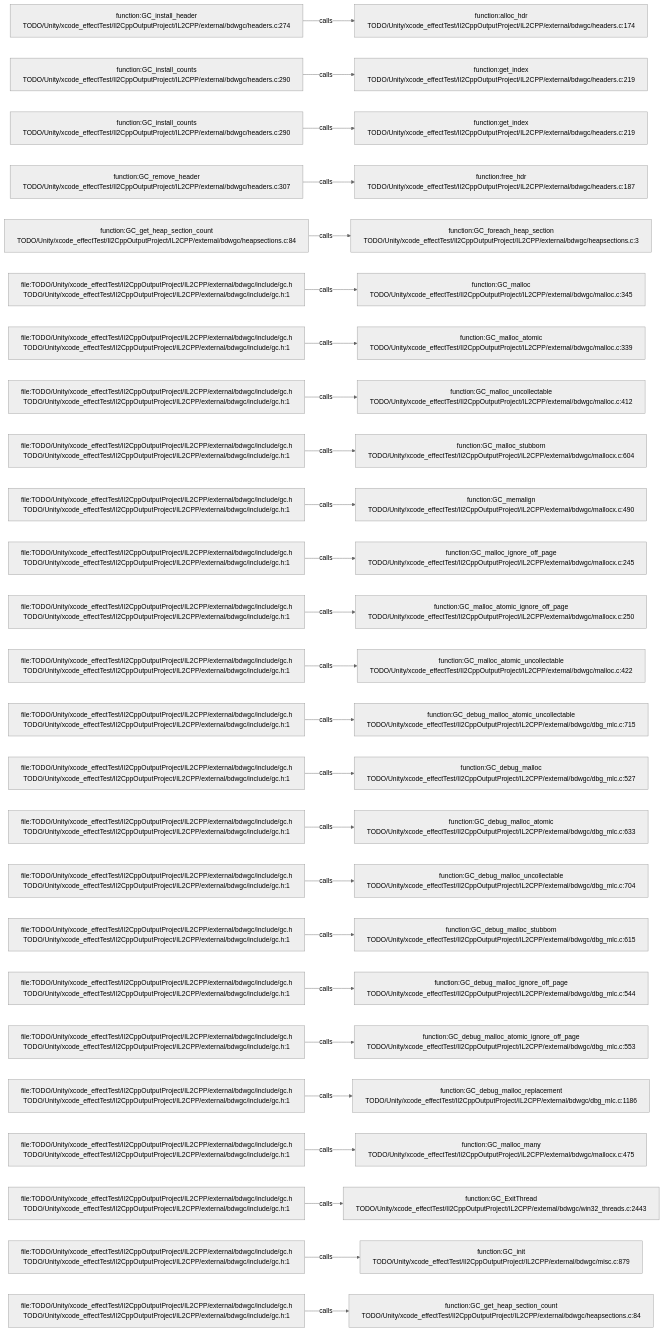
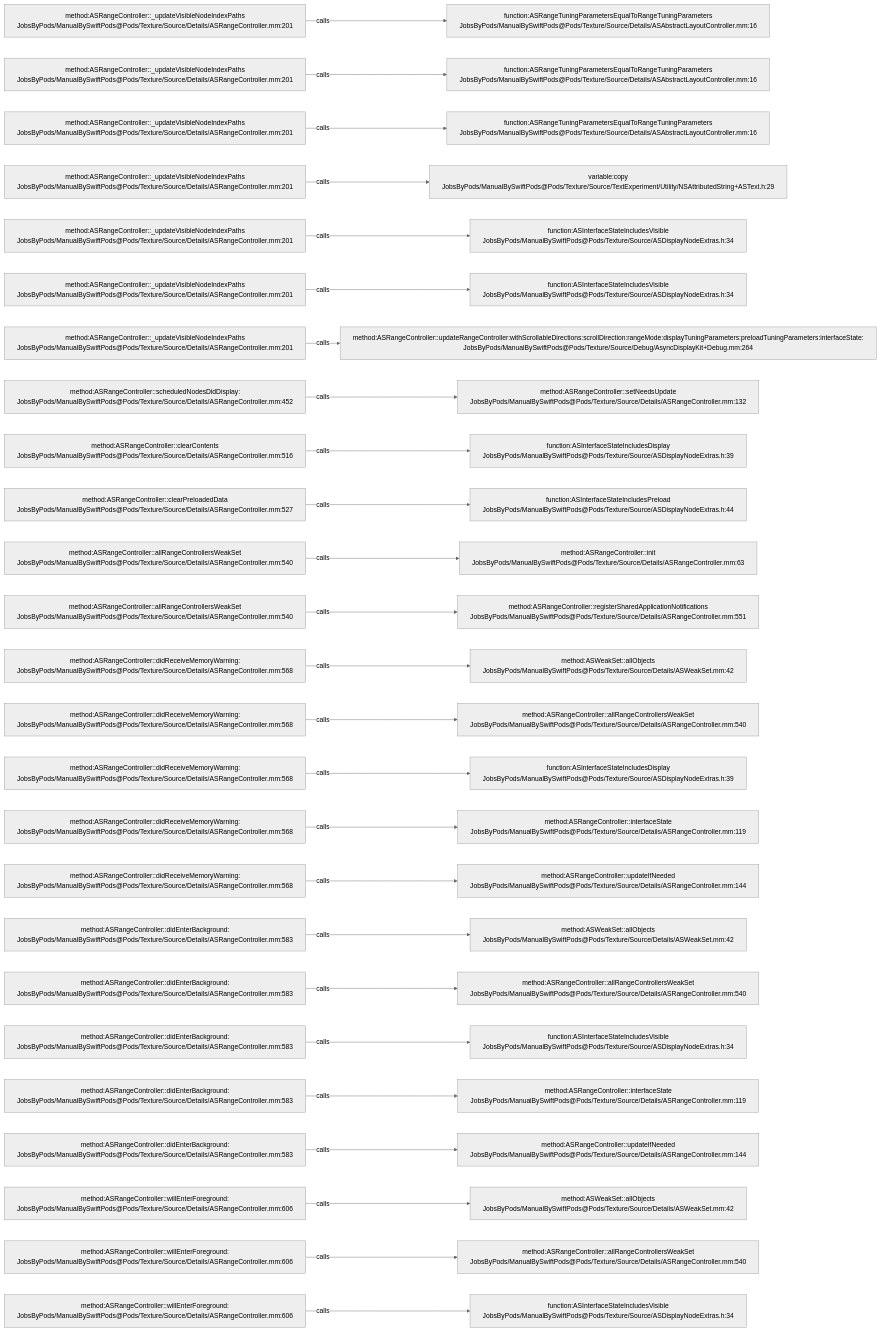
The diagram in .codegraph/codegraph.md/graphs/calls-113.md (JobsKits/JobsSwiftBaseConfigDemo), drawn with Mermaid (neutral theme) before and after one commit. The commit also changed 2959 other files, not shown here.

````diff
--- a/.codegraph/codegraph.md/graphs/calls-113.md
+++ b/.codegraph/codegraph.md/graphs/calls-113.md
@@ -13,78 +13,78 @@
 ```mermaid
 flowchart LR
-  S1["function:GC_install_header<br/>TODO/Unity/xcode_effectTest/Il2CppOutputProject/IL2CPP/external/bdwgc/headers.c:274"]
-  T1["function:alloc_hdr<br/>TODO/Unity/xcode_effectTest/Il2CppOutputProject/IL2CPP/external/bdwgc/headers.c:174"]
+  S1["method:ASRangeController::_updateVisibleNodeIndexPaths<br/>JobsByPods/ManualBySwiftPods@Pods/Texture/Source/Details/ASRangeController.mm:201"]
+  T1["function:ASRangeTuningParametersEqualToRangeTuningParameters<br/>JobsByPods/ManualBySwiftPods@Pods/Texture/Source/Details/ASAbstractLayoutController.mm:16"]
   S1 -->|calls| T1
-  S2["function:GC_install_counts<br/>TODO/Unity/xcode_effectTest/Il2CppOutputProject/IL2CPP/external/bdwgc/headers.c:290"]
-  T2["function:get_index<br/>TODO/Unity/xcode_effectTest/Il2CppOutputProject/IL2CPP/external/bdwgc/headers.c:219"]
+  S2["method:ASRangeController::_updateVisibleNodeIndexPaths<br/>JobsByPods/ManualBySwiftPods@Pods/Texture/Source/Details/ASRangeController.mm:201"]
+  T2["function:ASRangeTuningParametersEqualToRangeTuningParameters<br/>JobsByPods/ManualBySwiftPods@Pods/Texture/Source/Details/ASAbstractLayoutController.mm:16"]
   S2 -->|calls| T2
-  S3["function:GC_install_counts<br/>TODO/Unity/xcode_effectTest/Il2CppOutputProject/IL2CPP/external/bdwgc/headers.c:290"]
-  T3["function:get_index<br/>TODO/Unity/xcode_effectTest/Il2CppOutputProject/IL2CPP/external/bdwgc/headers.c:219"]
+  S3["method:ASRangeController::_updateVisibleNodeIndexPaths<br/>JobsByPods/ManualBySwiftPods@Pods/Texture/Source/Details/ASRangeController.mm:201"]
+  T3["function:ASRangeTuningParametersEqualToRangeTuningParameters<br/>JobsByPods/ManualBySwiftPods@Pods/Texture/Source/Details/ASAbstractLayoutController.mm:16"]
   S3 -->|calls| T3
-  S4["function:GC_remove_header<br/>TODO/Unity/xcode_effectTest/Il2CppOutputProject/IL2CPP/external/bdwgc/headers.c:307"]
-  T4["function:free_hdr<br/>TODO/Unity/xcode_effectTest/Il2CppOutputProject/IL2CPP/external/bdwgc/headers.c:187"]
+  S4["method:ASRangeController::_updateVisibleNodeIndexPaths<br/>JobsByPods/ManualBySwiftPods@Pods/Texture/Source/Details/ASRangeController.mm:201"]
+  T4["variable:copy<br/>JobsByPods/ManualBySwiftPods@Pods/Texture/Source/TextExperiment/Utility/NSAttributedString+ASText.h:29"]
   S4 -->|calls| T4
-  S5["function:GC_get_heap_section_count<br/>TODO/Unity/xcode_effectTest/Il2CppOutputProject/IL2CPP/external/bdwgc/heapsections.c:84"]
-  T5["function:GC_foreach_heap_section<br/>TODO/Unity/xcode_effectTest/Il2CppOutputProject/IL2CPP/external/bdwgc/heapsections.c:3"]
+  S5["method:ASRangeController::_updateVisibleNodeIndexPaths<br/>JobsByPods/ManualBySwiftPods@Pods/Texture/Source/Details/ASRangeController.mm:201"]
+  T5["function:ASInterfaceStateIncludesVisible<br/>JobsByPods/ManualBySwiftPods@Pods/Texture/Source/ASDisplayNodeExtras.h:34"]
   S5 -->|calls| T5
-  S6["file:TODO/Unity/xcode_effectTest/Il2CppOutputProject/IL2CPP/external/bdwgc/include/gc.h<br/>TODO/Unity/xcode_effectTest/Il2CppOutputProject/IL2CPP/external/bdwgc/include/gc.h:1"]
-  T6["function:GC_malloc<br/>TODO/Unity/xcode_effectTest/Il2CppOutputProject/IL2CPP/external/bdwgc/malloc.c:345"]
+  S6["method:ASRangeController::_updateVisibleNodeIndexPaths<br/>JobsByPods/ManualBySwiftPods@Pods/Texture/Source/Details/ASRangeController.mm:201"]
+  T6["function:ASInterfaceStateIncludesVisible<br/>JobsByPods/ManualBySwiftPods@Pods/Texture/Source/ASDisplayNodeExtras.h:34"]
   S6 -->|calls| T6
-  S7["file:TODO/Unity/xcode_effectTest/Il2CppOutputProject/IL2CPP/external/bdwgc/include/gc.h<br/>TODO/Unity/xcode_effectTest/Il2CppOutputProject/IL2CPP/external/bdwgc/include/gc.h:1"]
-  T7["function:GC_malloc_atomic<br/>TODO/Unity/xcode_effectTest/Il2CppOutputProject/IL2CPP/external/bdwgc/malloc.c:339"]
+  S7["method:ASRangeController::_updateVisibleNodeIndexPaths<br/>JobsByPods/ManualBySwiftPods@Pods/Texture/Source/Details/ASRangeController.mm:201"]
+  T7["method:ASRangeController::updateRangeController:withScrollableDirections:scrollDirection:rangeMode:displayTuningParameters:preloadTuningParameters:interfaceState:<br/>JobsByPods/ManualBySwiftPods@Pods/Texture/Source/Debug/AsyncDisplayKit+Debug.mm:264"]
   S7 -->|calls| T7
-  S8["file:TODO/Unity/xcode_effectTest/Il2CppOutputProject/IL2CPP/external/bdwgc/include/gc.h<br/>TODO/Unity/xcode_effectTest/Il2CppOutputProject/IL2CPP/external/bdwgc/include/gc.h:1"]
-  T8["function:GC_malloc_uncollectable<br/>TODO/Unity/xcode_effectTest/Il2CppOutputProject/IL2CPP/external/bdwgc/malloc.c:412"]
+  S8["method:ASRangeController::scheduledNodesDidDisplay:<br/>JobsByPods/ManualBySwiftPods@Pods/Texture/Source/Details/ASRangeController.mm:452"]
+  T8["method:ASRangeController::setNeedsUpdate<br/>JobsByPods/ManualBySwiftPods@Pods/Texture/Source/Details/ASRangeController.mm:132"]
   S8 -->|calls| T8
-  S9["file:TODO/Unity/xcode_effectTest/Il2CppOutputProject/IL2CPP/external/bdwgc/include/gc.h<br/>TODO/Unity/xcode_effectTest/Il2CppOutputProject/IL2CPP/external/bdwgc/include/gc.h:1"]
-  T9["function:GC_malloc_stubborn<br/>TODO/Unity/xcode_effectTest/Il2CppOutputProject/IL2CPP/external/bdwgc/mallocx.c:604"]
+  S9["method:ASRangeController::clearContents<br/>JobsByPods/ManualBySwiftPods@Pods/Texture/Source/Details/ASRangeController.mm:516"]
+  T9["function:ASInterfaceStateIncludesDisplay<br/>JobsByPods/ManualBySwiftPods@Pods/Texture/Source/ASDisplayNodeExtras.h:39"]
   S9 -->|calls| T9
-  S10["file:TODO/Unity/xcode_effectTest/Il2CppOutputProject/IL2CPP/external/bdwgc/include/gc.h<br/>TODO/Unity/xcode_effectTest/Il2CppOutputProject/IL2CPP/external/bdwgc/include/gc.h:1"]
-  T10["function:GC_memalign<br/>TODO/Unity/xcode_effectTest/Il2CppOutputProject/IL2CPP/external/bdwgc/mallocx.c:490"]
+  S10["method:ASRangeController::clearPreloadedData<br/>JobsByPods/ManualBySwiftPods@Pods/Texture/Source/Details/ASRangeController.mm:527"]
+  T10["function:ASInterfaceStateIncludesPreload<br/>JobsByPods/ManualBySwiftPods@Pods/Texture/Source/ASDisplayNodeExtras.h:44"]
   S10 -->|calls| T10
-  S11["file:TODO/Unity/xcode_effectTest/Il2CppOutputProject/IL2CPP/external/bdwgc/include/gc.h<br/>TODO/Unity/xcode_effectTest/Il2CppOutputProject/IL2CPP/external/bdwgc/include/gc.h:1"]
-  T11["function:GC_malloc_ignore_off_page<br/>TODO/Unity/xcode_effectTest/Il2CppOutputProject/IL2CPP/external/bdwgc/mallocx.c:245"]
+  S11["method:ASRangeController::allRangeControllersWeakSet<br/>JobsByPods/ManualBySwiftPods@Pods/Texture/Source/Details/ASRangeController.mm:540"]
+  T11["method:ASRangeController::init<br/>JobsByPods/ManualBySwiftPods@Pods/Texture/Source/Details/ASRangeController.mm:63"]
   S11 -->|calls| T11
-  S12["file:TODO/Unity/xcode_effectTest/Il2CppOutputProject/IL2CPP/external/bdwgc/include/gc.h<br/>TODO/Unity/xcode_effectTest/Il2CppOutputProject/IL2CPP/external/bdwgc/include/gc.h:1"]
-  T12["function:GC_malloc_atomic_ignore_off_page<br/>TODO/Unity/xcode_effectTest/Il2CppOutputProject/IL2CPP/external/bdwgc/mallocx.c:250"]
+  S12["method:ASRangeController::allRangeControllersWeakSet<br/>JobsByPods/ManualBySwiftPods@Pods/Texture/Source/Details/ASRangeController.mm:540"]
+  T12["method:ASRangeController::registerSharedApplicationNotifications<br/>JobsByPods/ManualBySwiftPods@Pods/Texture/Source/Details/ASRangeController.mm:551"]
   S12 -->|calls| T12
-  S13["file:TODO/Unity/xcode_effectTest/Il2CppOutputProject/IL2CPP/external/bdwgc/include/gc.h<br/>TODO/Unity/xcode_effectTest/Il2CppOutputProject/IL2CPP/external/bdwgc/include/gc.h:1"]
-  T13["function:GC_malloc_atomic_uncollectable<br/>TODO/Unity/xcode_effectTest/Il2CppOutputProject/IL2CPP/external/bdwgc/malloc.c:422"]
+  S13["method:ASRangeController::didReceiveMemoryWarning:<br/>JobsByPods/ManualBySwiftPods@Pods/Texture/Source/Details/ASRangeController.mm:568"]
+  T13["method:ASWeakSet::allObjects<br/>JobsByPods/ManualBySwiftPods@Pods/Texture/Source/Details/ASWeakSet.mm:42"]
   S13 -->|calls| T13
-  S14["file:TODO/Unity/xcode_effectTest/Il2CppOutputProject/IL2CPP/external/bdwgc/include/gc.h<br/>TODO/Unity/xcode_effectTest/Il2CppOutputProject/IL2CPP/external/bdwgc/include/gc.h:1"]
-  T14["function:GC_debug_malloc_atomic_uncollectable<br/>TODO/Unity/xcode_effectTest/Il2CppOutputProject/IL2CPP/external/bdwgc/dbg_mlc.c:715"]
+  S14["method:ASRangeController::didReceiveMemoryWarning:<br/>JobsByPods/ManualBySwiftPods@Pods/Texture/Source/Details/ASRangeController.mm:568"]
+  T14["method:ASRangeController::allRangeControllersWeakSet<br/>JobsByPods/ManualBySwiftPods@Pods/Texture/Source/Details/ASRangeController.mm:540"]
   S14 -->|calls| T14
-  S15["file:TODO/Unity/xcode_effectTest/Il2CppOutputProject/IL2CPP/external/bdwgc/include/gc.h<br/>TODO/Unity/xcode_effectTest/Il2CppOutputProject/IL2CPP/external/bdwgc/include/gc.h:1"]
-  T15["function:GC_debug_malloc<br/>TODO/Unity/xcode_effectTest/Il2CppOutputProject/IL2CPP/external/bdwgc/dbg_mlc.c:527"]
+  S15["method:ASRangeController::didReceiveMemoryWarning:<br/>JobsByPods/ManualBySwiftPods@Pods/Texture/Source/Details/ASRangeController.mm:568"]
+  T15["function:ASInterfaceStateIncludesDisplay<br/>JobsByPods/ManualBySwiftPods@Pods/Texture/Source/ASDisplayNodeExtras.h:39"]
   S15 -->|calls| T15
-  S16["file:TODO/Unity/xcode_effectTest/Il2CppOutputProject/IL2CPP/external/bdwgc/include/gc.h<br/>TODO/Unity/xcode_effectTest/Il2CppOutputProject/IL2CPP/external/bdwgc/include/gc.h:1"]
-  T16["function:GC_debug_malloc_atomic<br/>TODO/Unity/xcode_effectTest/Il2CppOutputProject/IL2CPP/external/bdwgc/dbg_mlc.c:633"]
+  S16["method:ASRangeController::didReceiveMemoryWarning:<br/>JobsByPods/ManualBySwiftPods@Pods/Texture/Source/Details/ASRangeController.mm:568"]
+  T16["method:ASRangeController::interfaceState<br/>JobsByPods/ManualBySwiftPods@Pods/Texture/Source/Details/ASRangeController.mm:119"]
   S16 -->|calls| T16
-  S17["file:TODO/Unity/xcode_effectTest/Il2CppOutputProject/IL2CPP/external/bdwgc/include/gc.h<br/>TODO/Unity/xcode_effectTest/Il2CppOutputProject/IL2CPP/external/bdwgc/include/gc.h:1"]
-  T17["function:GC_debug_malloc_uncollectable<br/>TODO/Unity/xcode_effectTest/Il2CppOutputProject/IL2CPP/external/bdwgc/dbg_mlc.c:704"]
+  S17["method:ASRangeController::didReceiveMemoryWarning:<br/>JobsByPods/ManualBySwiftPods@Pods/Texture/Source/Details/ASRangeController.mm:568"]
+  T17["method:ASRangeController::updateIfNeeded<br/>JobsByPods/ManualBySwiftPods@Pods/Texture/Source/Details/ASRangeController.mm:144"]
   S17 -->|calls| T17
-  S18["file:TODO/Unity/xcode_effectTest/Il2CppOutputProject/IL2CPP/external/bdwgc/include/gc.h<br/>TODO/Unity/xcode_effectTest/Il2CppOutputProject/IL2CPP/external/bdwgc/include/gc.h:1"]
-  T18["function:GC_debug_malloc_stubborn<br/>TODO/Unity/xcode_effectTest/Il2CppOutputProject/IL2CPP/external/bdwgc/dbg_mlc.c:615"]
+  S18["method:ASRangeController::didEnterBackground:<br/>JobsByPods/ManualBySwiftPods@Pods/Texture/Source/Details/ASRangeController.mm:583"]
+  T18["method:ASWeakSet::allObjects<br/>JobsByPods/ManualBySwiftPods@Pods/Texture/Source/Details/ASWeakSet.mm:42"]
   S18 -->|calls| T18
-  S19["file:TODO/Unity/xcode_effectTest/Il2CppOutputProject/IL2CPP/external/bdwgc/include/gc.h<br/>TODO/Unity/xcode_effectTest/Il2CppOutputProject/IL2CPP/external/bdwgc/include/gc.h:1"]
-  T19["function:GC_debug_malloc_ignore_off_page<br/>TODO/Unity/xcode_effectTest/Il2CppOutputProject/IL2CPP/external/bdwgc/dbg_mlc.c:544"]
+  S19["method:ASRangeController::didEnterBackground:<br/>JobsByPods/ManualBySwiftPods@Pods/Texture/Source/Details/ASRangeController.mm:583"]
+  T19["method:ASRangeController::allRangeControllersWeakSet<br/>JobsByPods/ManualBySwiftPods@Pods/Texture/Source/Details/ASRangeController.mm:540"]
   S19 -->|calls| T19
-  S20["file:TODO/Unity/xcode_effectTest/Il2CppOutputProject/IL2CPP/external/bdwgc/include/gc.h<br/>TODO/Unity/xcode_effectTest/Il2CppOutputProject/IL2CPP/external/bdwgc/include/gc.h:1"]
-  T20["function:GC_debug_malloc_atomic_ignore_off_page<br/>TODO/Unity/xcode_effectTest/Il2CppOutputProject/IL2CPP/external/bdwgc/dbg_mlc.c:553"]
+  S20["method:ASRangeController::didEnterBackground:<br/>JobsByPods/ManualBySwiftPods@Pods/Texture/Source/Details/ASRangeController.mm:583"]
+  T20["function:ASInterfaceStateIncludesVisible<br/>JobsByPods/ManualBySwiftPods@Pods/Texture/Source/ASDisplayNodeExtras.h:34"]
   S20 -->|calls| T20
-  S21["file:TODO/Unity/xcode_effectTest/Il2CppOutputProject/IL2CPP/external/bdwgc/include/gc.h<br/>TODO/Unity/xcode_effectTest/Il2CppOutputProject/IL2CPP/external/bdwgc/include/gc.h:1"]
-  T21["function:GC_debug_malloc_replacement<br/>TODO/Unity/xcode_effectTest/Il2CppOutputProject/IL2CPP/external/bdwgc/dbg_mlc.c:1186"]
+  S21["method:ASRangeController::didEnterBackground:<br/>JobsByPods/ManualBySwiftPods@Pods/Texture/Source/Details/ASRangeController.mm:583"]
+  T21["method:ASRangeController::interfaceState<br/>JobsByPods/ManualBySwiftPods@Pods/Texture/Source/Details/ASRangeController.mm:119"]
   S21 -->|calls| T21
-  S22["file:TODO/Unity/xcode_effectTest/Il2CppOutputProject/IL2CPP/external/bdwgc/include/gc.h<br/>TODO/Unity/xcode_effectTest/Il2CppOutputProject/IL2CPP/external/bdwgc/include/gc.h:1"]
-  T22["function:GC_malloc_many<br/>TODO/Unity/xcode_effectTest/Il2CppOutputProject/IL2CPP/external/bdwgc/mallocx.c:475"]
+  S22["method:ASRangeController::didEnterBackground:<br/>JobsByPods/ManualBySwiftPods@Pods/Texture/Source/Details/ASRangeController.mm:583"]
+  T22["method:ASRangeController::updateIfNeeded<br/>JobsByPods/ManualBySwiftPods@Pods/Texture/Source/Details/ASRangeController.mm:144"]
   S22 -->|calls| T22
-  S23["file:TODO/Unity/xcode_effectTest/Il2CppOutputProject/IL2CPP/external/bdwgc/include/gc.h<br/>TODO/Unity/xcode_effectTest/Il2CppOutputProject/IL2CPP/external/bdwgc/include/gc.h:1"]
-  T23["function:GC_ExitThread<br/>TODO/Unity/xcode_effectTest/Il2CppOutputProject/IL2CPP/external/bdwgc/win32_threads.c:2443"]
+  S23["method:ASRangeController::willEnterForeground:<br/>JobsByPods/ManualBySwiftPods@Pods/Texture/Source/Details/ASRangeController.mm:606"]
+  T23["method:ASWeakSet::allObjects<br/>JobsByPods/ManualBySwiftPods@Pods/Texture/Source/Details/ASWeakSet.mm:42"]
   S23 -->|calls| T23
-  S24["file:TODO/Unity/xcode_effectTest/Il2CppOutputProject/IL2CPP/external/bdwgc/include/gc.h<br/>TODO/Unity/xcode_effectTest/Il2CppOutputProject/IL2CPP/external/bdwgc/include/gc.h:1"]
-  T24["function:GC_init<br/>TODO/Unity/xcode_effectTest/Il2CppOutputProject/IL2CPP/external/bdwgc/misc.c:879"]
+  S24["method:ASRangeController::willEnterForeground:<br/>JobsByPods/ManualBySwiftPods@Pods/Texture/Source/Details/ASRangeController.mm:606"]
+  T24["method:ASRangeController::allRangeControllersWeakSet<br/>JobsByPods/ManualBySwiftPods@Pods/Texture/Source/Details/ASRangeController.mm:540"]
   S24 -->|calls| T24
-  S25["file:TODO/Unity/xcode_effectTest/Il2CppOutputProject/IL2CPP/external/bdwgc/include/gc.h<br/>TODO/Unity/xcode_effectTest/Il2CppOutputProject/IL2CPP/external/bdwgc/include/gc.h:1"]
-  T25["function:GC_get_heap_section_count<br/>TODO/Unity/xcode_effectTest/Il2CppOutputProject/IL2CPP/external/bdwgc/heapsections.c:84"]
+  S25["method:ASRangeController::willEnterForeground:<br/>JobsByPods/ManualBySwiftPods@Pods/Texture/Source/Details/ASRangeController.mm:606"]
+  T25["function:ASInterfaceStateIncludesVisible<br/>JobsByPods/ManualBySwiftPods@Pods/Texture/Source/ASDisplayNodeExtras.h:34"]
   S25 -->|calls| T25
 ```
````
